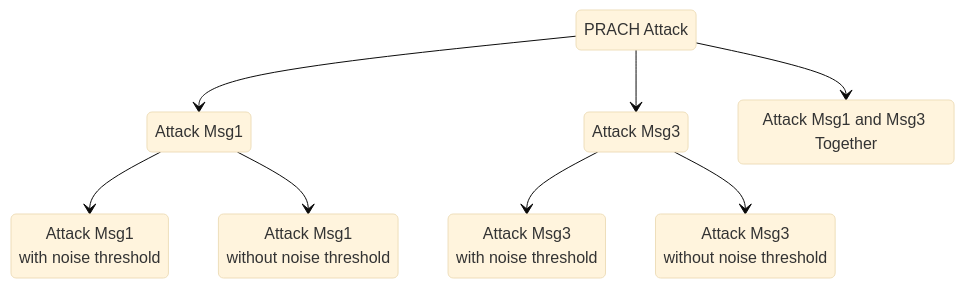
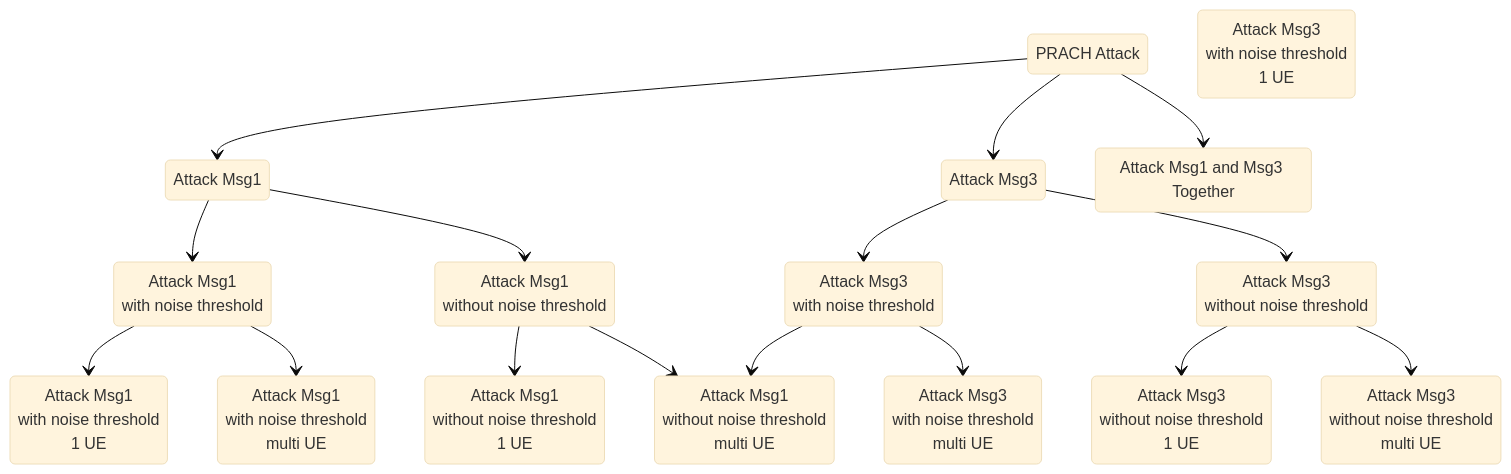
The diagram in docs/20250307 Thesis (PRACH Attack Problem Definition).md (bmw-ece-ntust/wilfrid-prach-attack-analysis), drawn with Mermaid (base theme) before and after one commit.

Commit message:
Update 20250307 Thesis (PRACH Attack Problem Definition).md

````diff
--- a/docs/20250307 Thesis (PRACH Attack Problem Definition).md
+++ b/docs/20250307 Thesis (PRACH Attack Problem Definition).md
@@ -21,18 +21,34 @@
 ```mermaid
 stateDiagram-v2
     s1: PRACH Attack
     s2: Attack Msg1
     s3: Attack Msg3
     s4: Attack Msg1 and Msg3 Together
     s1 --> s2
     s1 --> s3
     s1 --> s4
     s5: Attack Msg1<br>with noise threshold
     s6: Attack Msg1<br>without noise threshold
     s2 --> s5
     s2 --> s6
     s7: Attack Msg3<br>with noise threshold
     s8: Attack Msg3<br>without noise threshold
     s3 --> s7
     s3 --> s8
+    s9: Attack Msg1<br>with noise threshold<br>1 UE
+    s10: Attack Msg1<br>with noise threshold<br>multi UE
+    s11: Attack Msg1<br>without noise threshold<br>1 UE
+    s12: Attack Msg1<br>without noise threshold<br>multi UE
+    s5 --> s9
+    s5 --> s10
+    s6 --> s11
+    s6 --> s12
+    s13: Attack Msg3<br>with noise threshold<br>1 UE
+    s14: Attack Msg3<br>with noise threshold<br>multi UE
+    s15: Attack Msg3<br>without noise threshold<br>1 UE
+    s16: Attack Msg3<br>without noise threshold<br>multi UE
+    s7 --> s12
+    s7 --> s14
+    s8 --> s15
+    s8 --> s16
 ```
````
